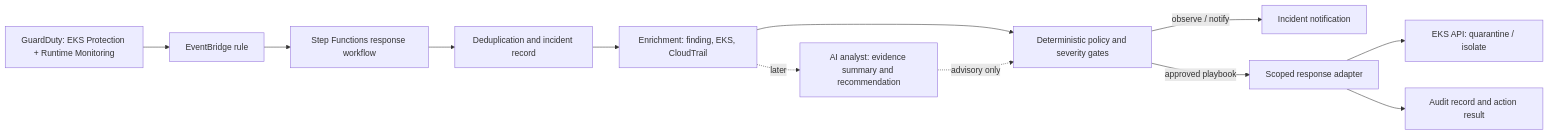
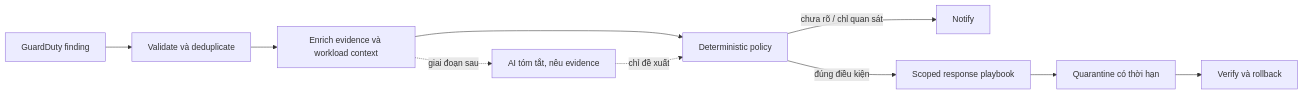
Before and after one commit to toannd021104/DSO-Team5: the second of 2 diagrams in README.md, drawn with Mermaid. The commit also changed other lines of this file and 1 other file, not shown here.

````diff
--- a/README.md
+++ b/README.md
@@ -32,14 +60,12 @@
 ```mermaid
 flowchart LR
-  GD[GuardDuty: EKS Protection + Runtime Monitoring] --> EB[EventBridge rule]
-  EB --> SF[Step Functions response workflow]
-  SF --> D[Deduplication and incident record]
-  D --> E[Enrichment: finding, EKS, CloudTrail]
-  E --> P[Deterministic policy and severity gates]
-  P -->|observe / notify| N[Incident notification]
-  P -->|approved playbook| R[Scoped response adapter]
-  R --> K[EKS API: quarantine / isolate]
-  R --> A[Audit record and action result]
-  E -. later .-> AI[AI analyst: evidence summary and recommendation]
-  AI -. advisory only .-> P
+  F[GuardDuty finding] --> V[Validate và deduplicate]
+  V --> E[Enrich evidence và workload context]
+  E --> P[Deterministic policy]
+  P -->|chưa rõ / chỉ quan sát| N[Notify]
+  P -->|đúng điều kiện| R[Scoped response playbook]
+  R --> Q[Quarantine có thời hạn]
+  Q --> C[Verify và rollback]
+  E -. giai đoạn sau .-> AI[AI tóm tắt, nêu evidence]
+  AI -. chỉ đề xuất .-> P
 ```
````
